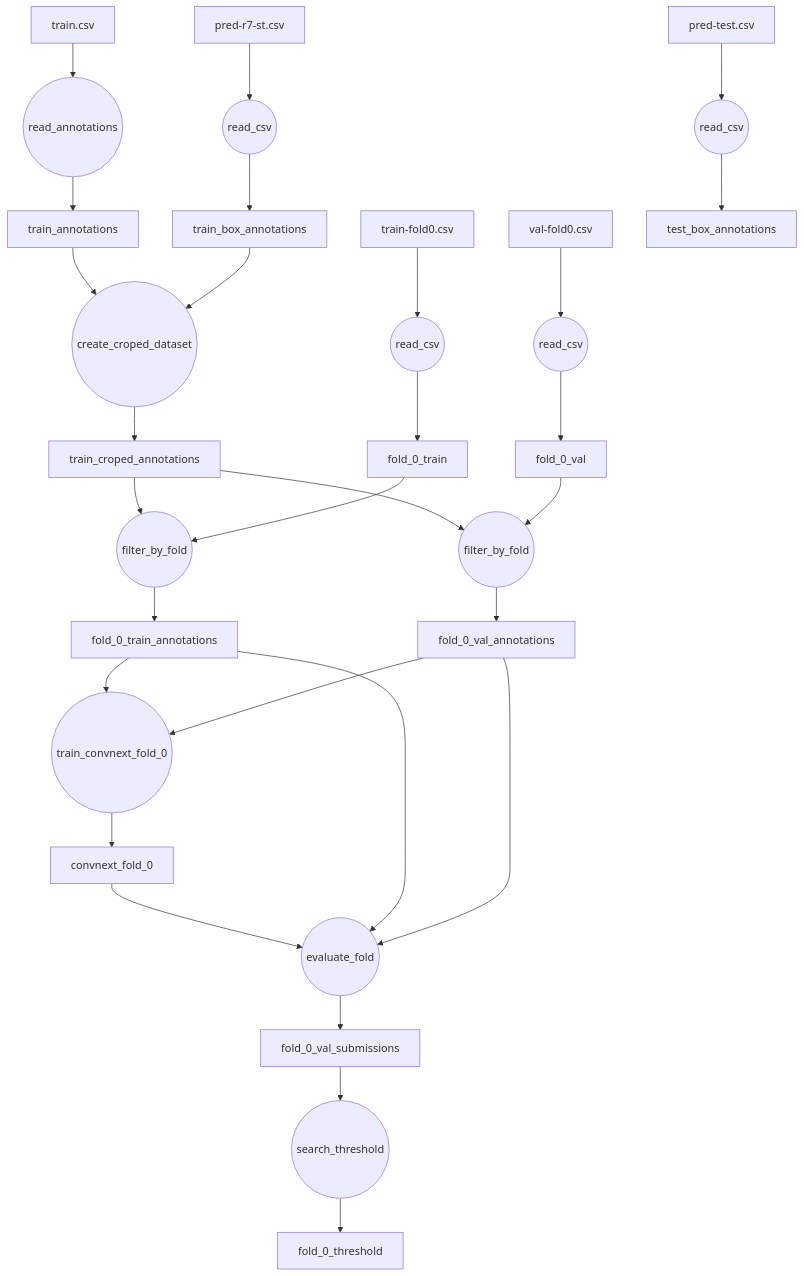
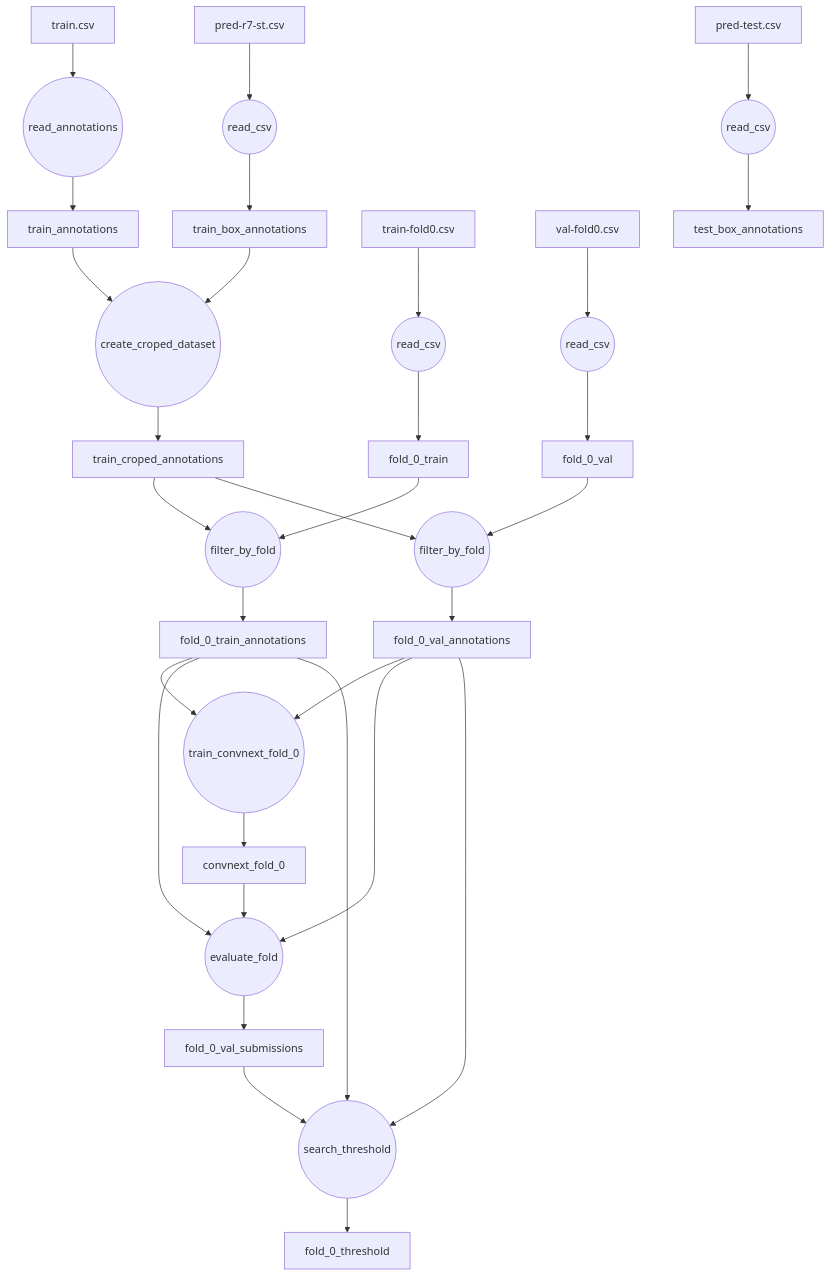
The diagram in hwad_bench/README.md (h4nyu/vision-tools), drawn with Mermaid before and after one commit.

````diff
--- a/hwad_bench/README.md
+++ b/hwad_bench/README.md
@@ -1,23 +1,25 @@
 ```mermaid
 flowchart TB
 train.csv --> read_annotations((read_annotations))
 read_annotations --> train_annotations
 pred-r7-st.csv --> read_csv((read_csv)) --> train_box_annotations
 train_annotations --> create_croped_dataset0((create_croped_dataset)) --> train_croped_annotations
 train_box_annotations --> create_croped_dataset0
 train-fold0.csv --> read_csv0((read_csv)) --> fold_0_train
 val-fold0.csv --> read_csv1((read_csv)) --> fold_0_val
 train_croped_annotations --> filter_by_fold0((filter_by_fold)) --> fold_0_train_annotations
 fold_0_train --> filter_by_fold0
 train_croped_annotations --> filter_by_fold1((filter_by_fold)) --> fold_0_val_annotations
 fold_0_val --> filter_by_fold1
 
 fold_0_train_annotations --> train0((train_convnext_fold_0))
 fold_0_val_annotations --> train0
 pred-test.csv --> read_csv2((read_csv)) --> test_box_annotations
 train0((train_convnext_fold_0)) --> convnext_fold_0
 convnext_fold_0 --> evaluate_fold0((evaluate_fold)) 
 fold_0_train_annotations --> evaluate_fold0((evaluate_fold)) --> fold_0_val_submissions
 fold_0_val_annotations --> evaluate_fold0
 fold_0_val_submissions --> search_threshold((search_threshold)) --> fold_0_threshold
+fold_0_val_annotations --> search_threshold
+fold_0_train_annotations --> search_threshold
 ```
````
